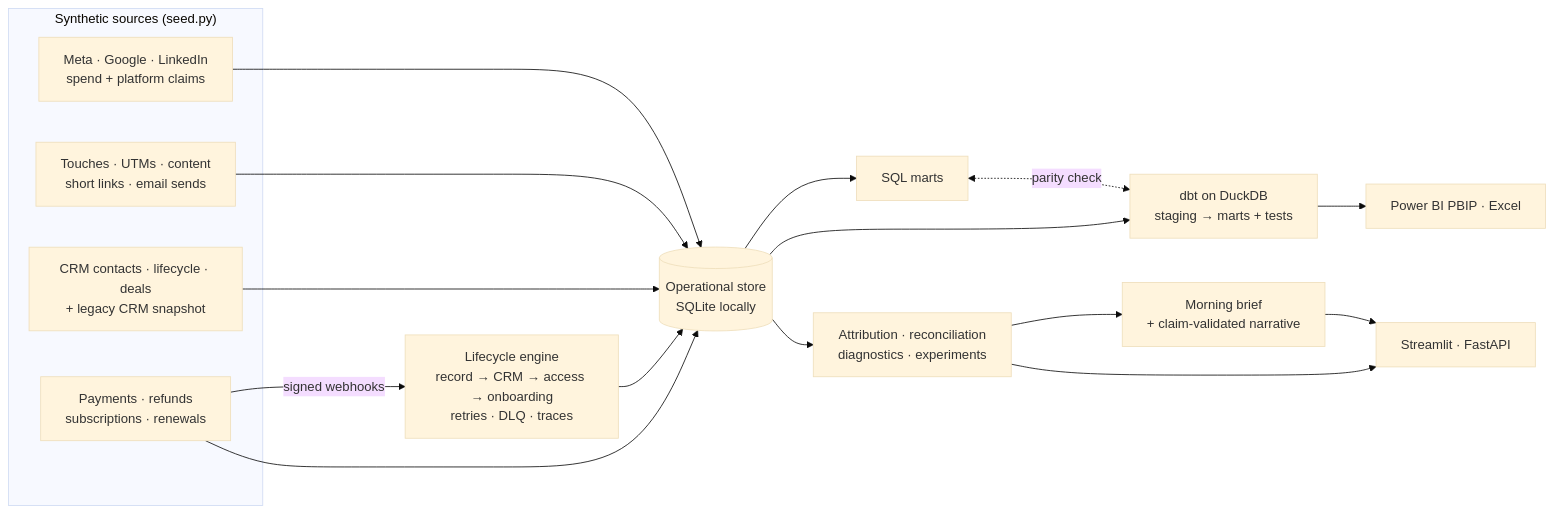
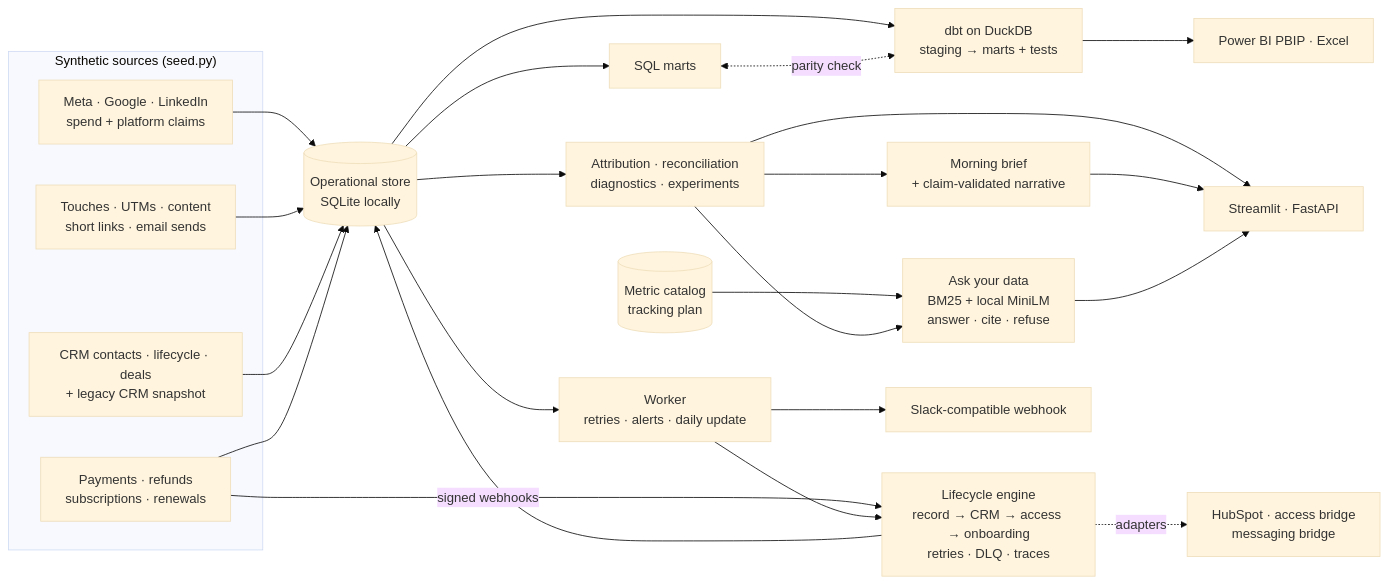
Before and after one commit to KushPatel29/GrowthOps-OS: the diagram in README.md, drawn with Mermaid (base theme). The commit also changed other lines of this file and 6 other files, not shown here.

````diff
--- a/README.md
+++ b/README.md
@@ -65,18 +67,23 @@
 ```mermaid
 flowchart LR
   subgraph Sources["Synthetic sources (seed.py)"]
     ads[Meta · Google · LinkedIn<br/>spend + platform claims]
     web[Touches · UTMs · content<br/>short links · email sends]
     crm[CRM contacts · lifecycle · deals<br/>+ legacy CRM snapshot]
     pay[Payments · refunds<br/>subscriptions · renewals]
   end
   pay -- signed webhooks --> engine[Lifecycle engine<br/>record → CRM → access → onboarding<br/>retries · DLQ · traces]
   engine --> db[(Operational store<br/>SQLite locally)]
   ads & web & crm & pay --> db
   db --> sql[SQL marts] & dbt[dbt on DuckDB<br/>staging → marts + tests]
   sql <-. parity check .-> dbt
   db --> analytics[Attribution · reconciliation<br/>diagnostics · experiments]
   analytics --> brief[Morning brief<br/>+ claim-validated narrative]
   analytics & brief --> ui[Streamlit · FastAPI]
+  docs[(Metric catalog<br/>tracking plan)] --> rag[Ask your data<br/>BM25 + local MiniLM<br/>answer · cite · refuse]
+  analytics --> rag --> ui
+  db --> worker[Worker<br/>retries · alerts · daily update] --> engine
+  engine -. adapters .-> providers[HubSpot · access bridge<br/>messaging bridge]
+  worker --> slack[Slack-compatible webhook]
   dbt --> bi[Power BI PBIP · Excel]
 ```
````
